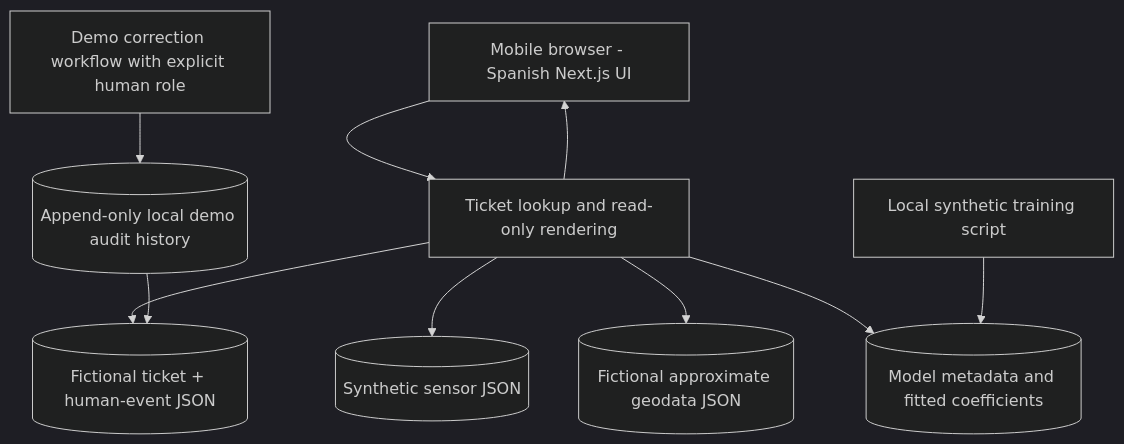
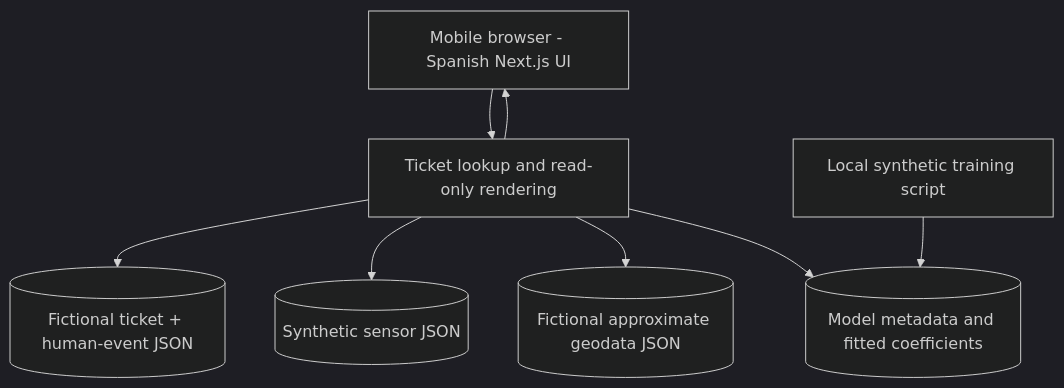
Before and after one commit to monyzaragozaa-cmd/aquarail-mx: the fifth of 5 diagrams in docs/PACKET.md, drawn with Mermaid (dark theme). The commit also changed other lines of this file, not shown here.

````diff
--- a/docs/PACKET.md
+++ b/docs/PACKET.md
@@ -213,12 +215,10 @@
 ```mermaid
 flowchart TD
   B[Mobile browser - Spanish Next.js UI] --> R[Ticket lookup and read-only rendering]
   R --> T[(Fictional ticket + human-event JSON)]
   R --> S[(Synthetic sensor JSON)]
   R --> G[(Fictional approximate geodata JSON)]
   R --> P[(Model metadata and fitted coefficients)]
   D[Local synthetic training script] --> P
-  H[Demo correction workflow with explicit human role] --> A[(Append-only local demo audit history)]
-  A --> T
   R --> B
 ```
````
